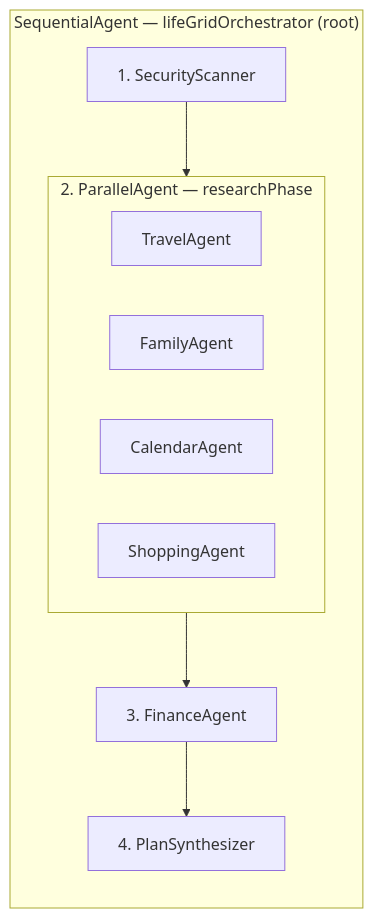
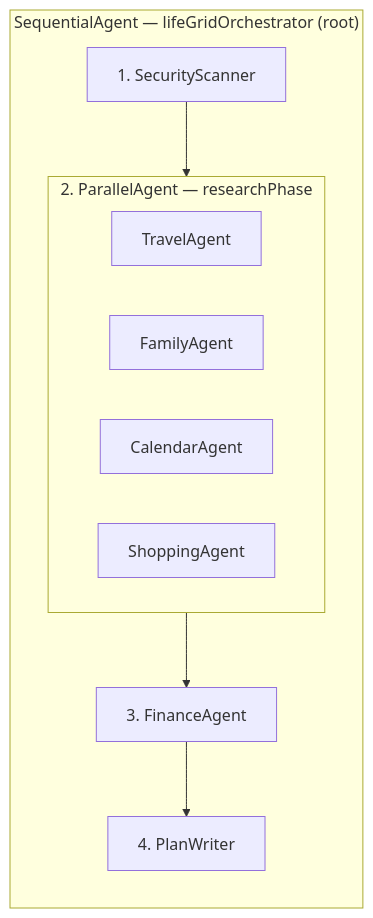
The second of 4 diagrams in docs/IMPLEMENTATION_PLAN.md (vvishnoi/life-grid), drawn with Mermaid before and after one commit. The commit also changed other lines of this file and 11 other files, not shown here.

First line of the commit message:
refactor: rename PlanSynthesizer to PlanWriter, presentation fixes

````diff
--- a/docs/IMPLEMENTATION_PLAN.md
+++ b/docs/IMPLEMENTATION_PLAN.md
@@ -156,17 +156,17 @@
 ```mermaid
 flowchart TB
     subgraph seq["SequentialAgent — lifeGridOrchestrator (root)"]
         direction TB
         SEC["1. SecurityScanner"]
         subgraph par["2. ParallelAgent — researchPhase"]
             direction LR
             TRV["TravelAgent"]
             FAM["FamilyAgent"]
             CAL["CalendarAgent"]
             SHP["ShoppingAgent"]
         end
         FIN["3. FinanceAgent"]
-        SYN["4. PlanSynthesizer"]
+        SYN["4. PlanWriter"]
         SEC --> par --> FIN --> SYN
     end
 ```
````
